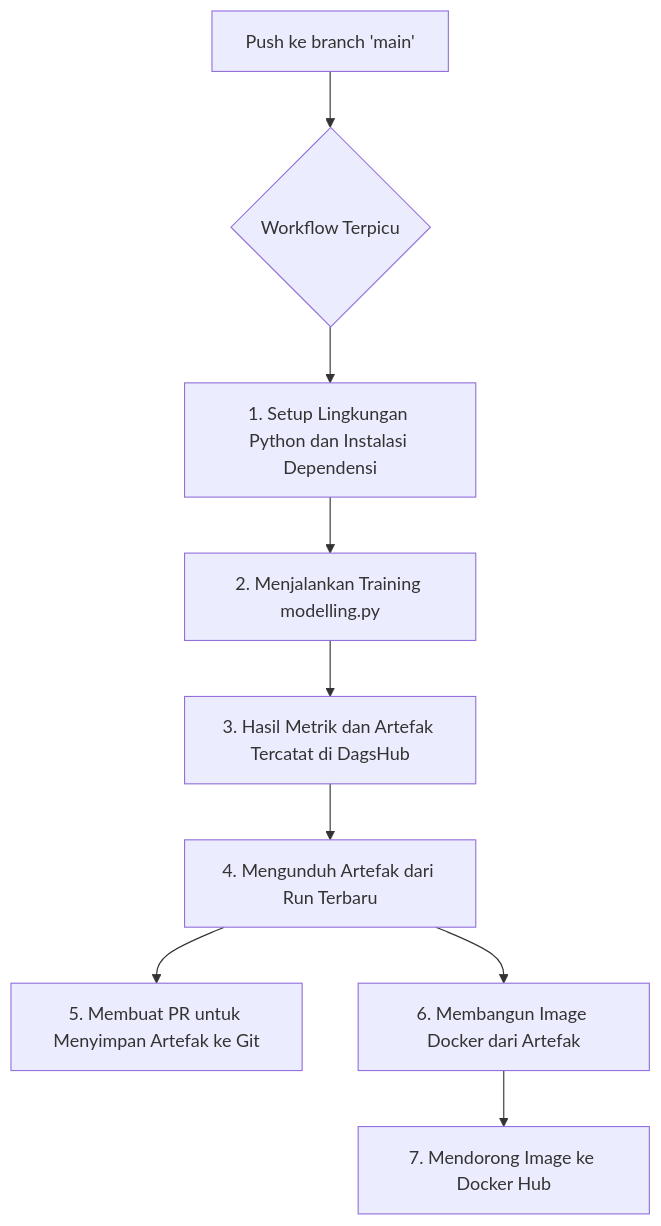
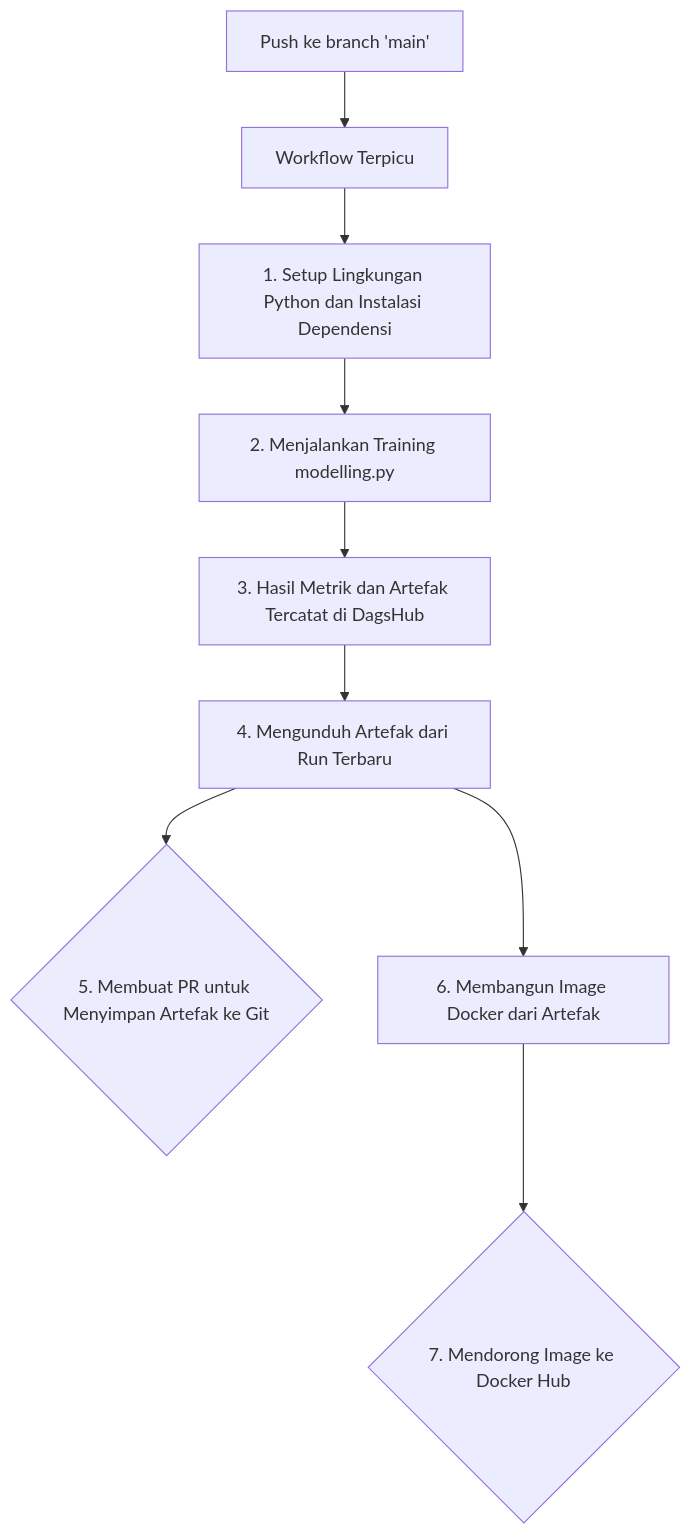
The diagram in README.md (macamtema/Workflow-CI), drawn with Mermaid before and after one commit.

````diff
--- a/README.md
+++ b/README.md
@@ -37,11 +37,11 @@
 ```mermaid
 graph TD
     A[Push ke branch 'main'] --> B{Workflow Terpicu};
-    B --> C[1. Setup Lingkungan Python dan Instalasi Dependensi];
-    C --> D[2. Menjalankan Training modelling.py];
-    D --> E[3. Hasil Metrik dan Artefak Tercatat di DagsHub];
-    E --> F[4. Mengunduh Artefak dari Run Terbaru];
-    F --> G[5. Membuat PR untuk Menyimpan Artefak ke Git];
-    F --> H[6. Membangun Image Docker dari Artefak];
-    H --> I[7. Mendorong Image ke Docker Hub];
+    B[Workflow Terpicu] --> C{1. Setup Lingkungan Python dan Instalasi Dependensi};
+    C[1. Setup Lingkungan Python dan Instalasi Dependensi] --> D{2. Menjalankan Training modelling.py};
+    D[2. Menjalankan Training modelling.py] --> E{3. Hasil Metrik dan Artefak Tercatat di DagsHub};
+    E[3. Hasil Metrik dan Artefak Tercatat di DagsHub] --> F{4. Mengunduh Artefak dari Run Terbaru};
+    F[4. Mengunduh Artefak dari Run Terbaru] --> G{5. Membuat PR untuk Menyimpan Artefak ke Git};
+    F[4. Mengunduh Artefak dari Run Terbaru] --> H{6. Membangun Image Docker dari Artefak};
+    H[6. Membangun Image Docker dari Artefak] --> I{7. Mendorong Image ke Docker Hub};
 ```
````
